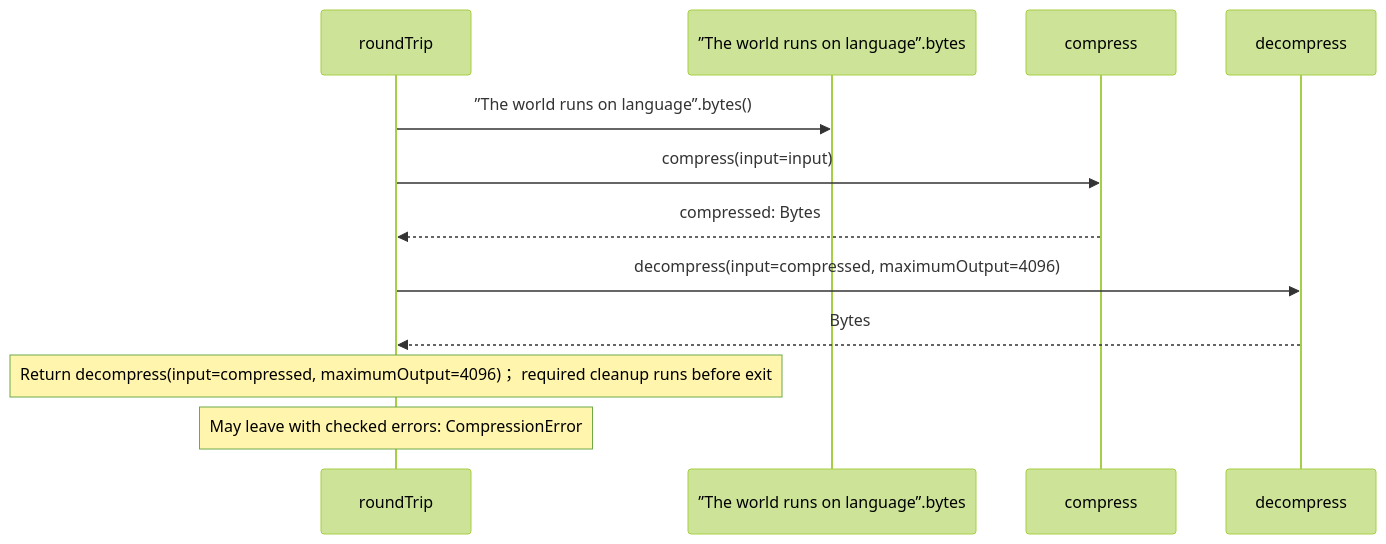
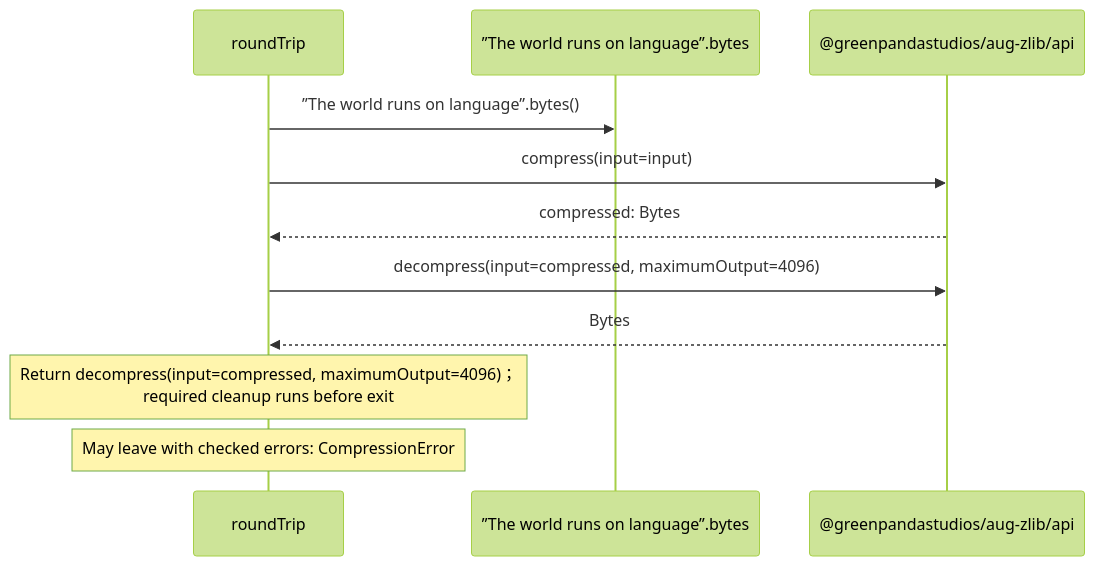
Before and after one commit to GreenPandaStudios/augscript: the second of 2 diagrams in docs/examples/native-zlib/compression-diagrams.md, drawn with Mermaid (forest theme). The commit also changed 200 other files, not shown here.

Commit message:
Group imported operations and wrap readable sequence messages

````diff
--- a/docs/examples/native-zlib/compression-diagrams.md
+++ b/docs/examples/native-zlib/compression-diagrams.md
@@ -43,14 +43,13 @@
 ```mermaid
 sequenceDiagram
     participant p0 as roundTrip
     participant p1 as ”The world runs on language”.bytes
-    participant p2 as compress
-    participant p3 as decompress
+    participant p2 as @greenpandastudios/aug-zlib/api
     p0->>p1: ”The world runs on language”.bytes()
     p0->>p2: compress(input=input)
     p2-->>p0: compressed: Bytes
-    p0->>p3: decompress(input=compressed, maximumOutput=4096)
-    p3-->>p0: Bytes
-    Note over p0: Return decompress(input=compressed, maximumOutput=4096)； required cleanup runs before exit
+    p0->>p2: decompress(input=compressed, maximumOutput=4096)
+    p2-->>p0: Bytes
+    Note over p0: Return decompress(input=compressed, maximumOutput=4096)；<br/>required cleanup runs before exit
     Note over p0: May leave with checked errors: CompressionError
 ```
````
